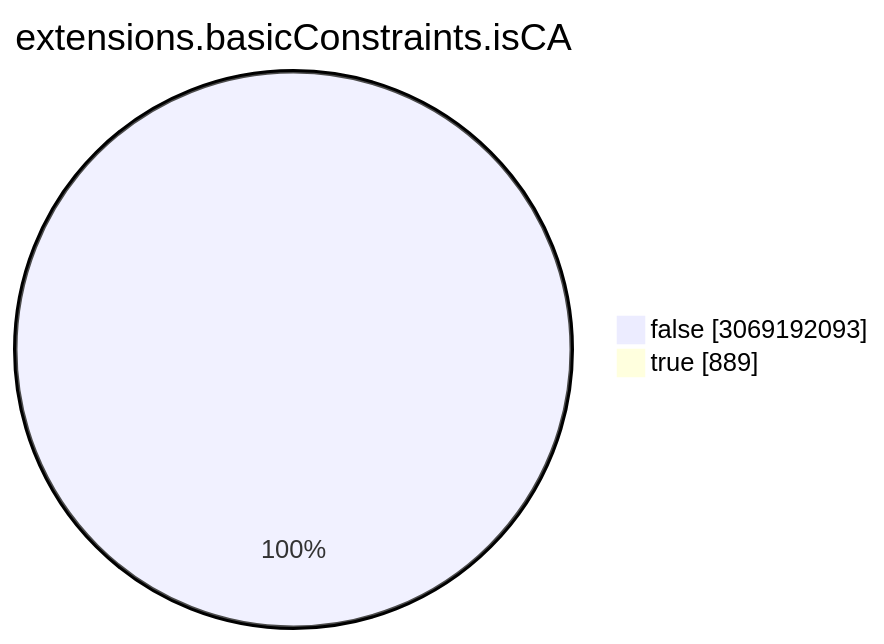
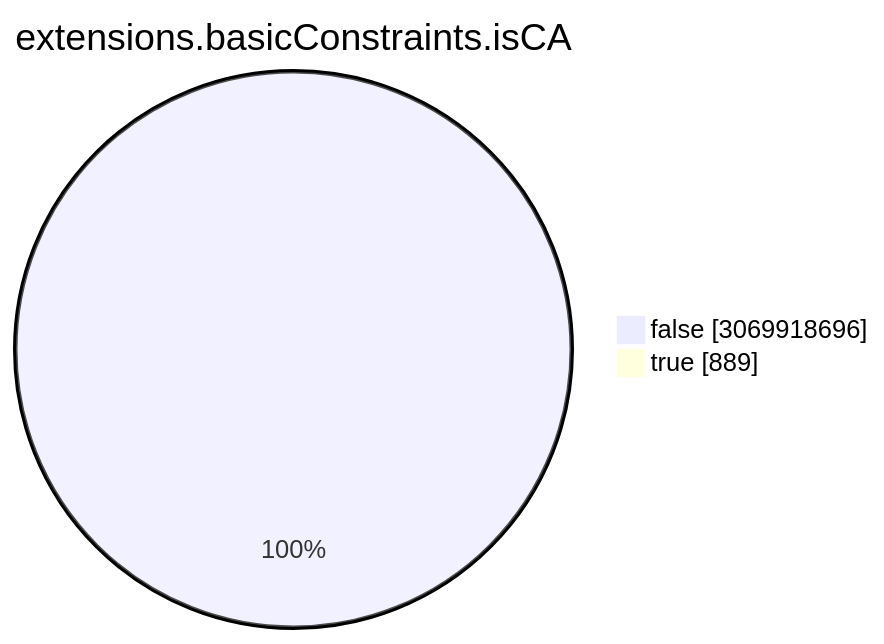
Before and after one commit to christiankrug/ctmonitor_visualization: the seventh of 15 diagrams in TOTAL/README.md, drawn with Mermaid. The commit also changed other lines of this file, not shown here.

````diff
--- a/TOTAL/README.md
+++ b/TOTAL/README.md
@@ -3088,6 +3088,6 @@
 ```mermaid
 pie showData
 title extensions.basicConstraints.isCA
-"false" :3069192093
+"false" :3069918696
 "true" :889
 ```
````
